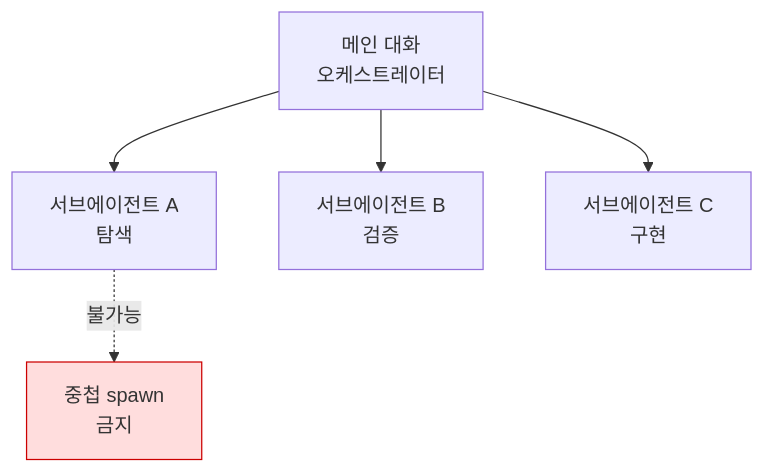
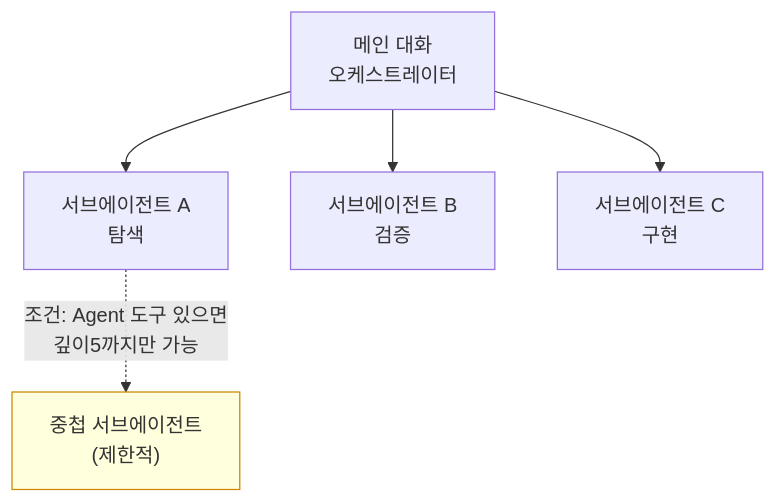
One commit to modu-ai/moai-adk changed the diagram in docs-site/content/ko/claude-code/agentic/sub-agents.md. Above: the diagram before and after it, drawn with Mermaid. The commit also changed other lines of this file and 1 other file, not shown here.

````diff
--- a/docs-site/content/ko/claude-code/agentic/sub-agents.md
+++ b/docs-site/content/ko/claude-code/agentic/sub-agents.md
@@ -41,8 +58,8 @@
 ```mermaid
 flowchart TD
     M[메인 대화<br/>오케스트레이터] --> A[서브에이전트 A<br/>탐색]
     M --> B[서브에이전트 B<br/>검증]
     M --> C[서브에이전트 C<br/>구현]
-    A -.->|불가능| X[중첩 spawn<br/>금지]
-    style X fill:#fdd,stroke:#c00
+    A -.->|조건: Agent 도구 있으면<br/>깊이5까지만 가능| X["중첩 서브에이전트<br/>(제한적)"]
+    style X fill:#ffd,stroke:#c80
 ```
````
